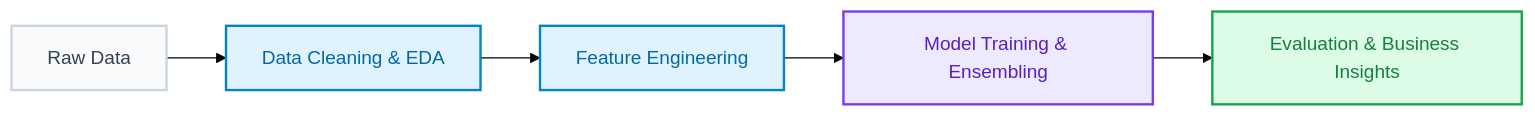
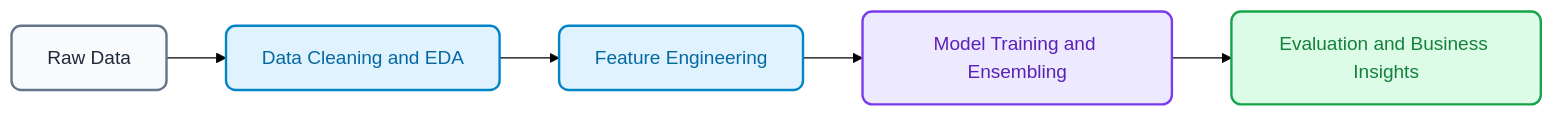
One commit to Nhinn04/Predict-Customer-Churn changed the diagram in README.md. Above: the diagram before and after it, drawn with Mermaid (forest theme). The commit also changed other lines of this file, not shown here.

Commit message:
Refine project pipeline diagram in README
Updated project pipeline section with improved class definitions and terminology.

````diff
--- a/README.md
+++ b/README.md
@@ -24,12 +25,12 @@
 ```mermaid
 graph LR
-    classDef raw fill:#f8fafc,stroke:#cbd5e1,stroke-width:2px,color:#334155;
-    classDef process fill:#e0f2fe,stroke:#0284c7,stroke-width:2px,color:#0369a1;
-    classDef model fill:#ede9fe,stroke:#7c3aed,stroke-width:2px,color:#5b21b6;
-    classDef result fill:#dcfce7,stroke:#16a34a,stroke-width:2px,color:#15803d;
+    classDef raw fill:#f8fafc,stroke:#64748b,stroke-width:2px,color:#1e293b,rx:8,ry:8;
+    classDef process fill:#e0f2fe,stroke:#0284c7,stroke-width:2px,color:#0369a1,rx:8,ry:8;
+    classDef model fill:#ede9fe,stroke:#7c3aed,stroke-width:2px,color:#5b21b6,rx:8,ry:8;
+    classDef result fill:#dcfce7,stroke:#16a34a,stroke-width:2px,color:#15803d,rx:8,ry:8;
 
-    A[Raw Data]:::raw --> B[Data Cleaning & EDA]:::process
+    A[Raw Data]:::raw --> B[Data Cleaning and EDA]:::process
     B --> C[Feature Engineering]:::process
-    C --> D[Model Training & Ensembling]:::model
-    D --> E[Evaluation & Business Insights]:::result
+    C --> D[Model Training and Ensembling]:::model
+    D --> E[Evaluation and Business Insights]:::result
 ```
````
